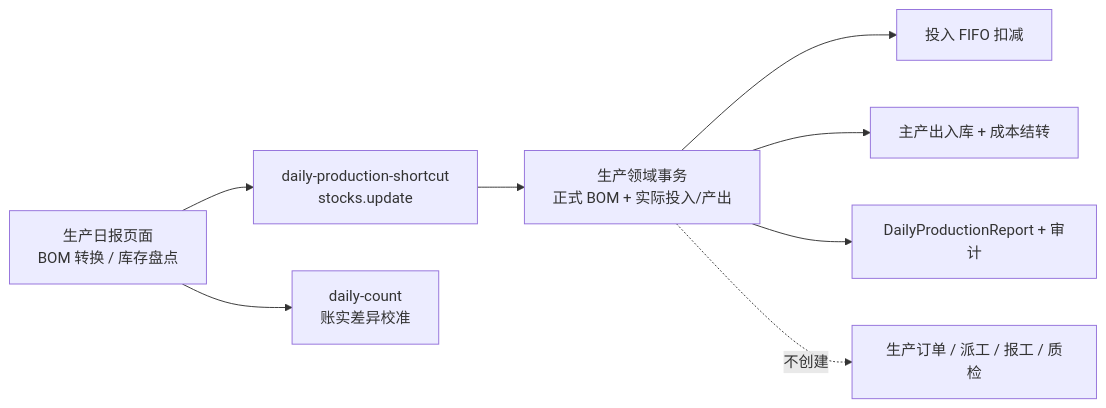
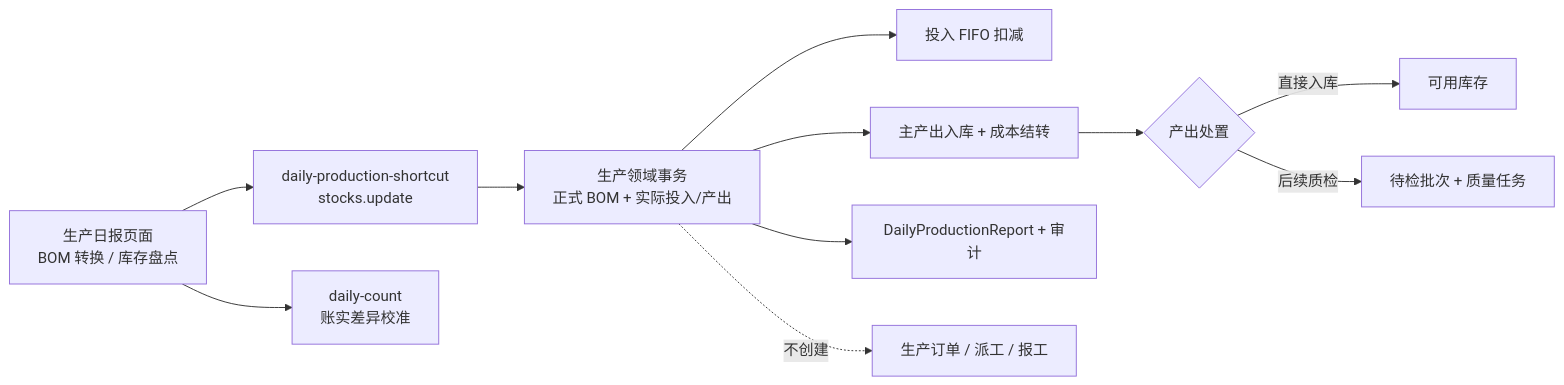
One commit to goldf2/mes-lite changed the ninth of 13 diagrams in docs/architecture/系统结构图.md. Above: the diagram before and after it, drawn with Mermaid. The commit also changed other lines of this file and 22 other files, not shown here.

````diff
--- a/docs/architecture/系统结构图.md
+++ b/docs/architecture/系统结构图.md
@@ -275,10 +275,13 @@
 ```mermaid
 flowchart LR
   Page["生产日报页面\nBOM 转换 / 库存盘点"] --> API["daily-production-shortcut\nstocks.update"]
   API --> Production["生产领域事务\n正式 BOM + 实际投入/产出"]
   Production --> Input["投入 FIFO 扣减"]
   Production --> Output["主产出入库 + 成本结转"]
+  Output --> Disposition{"产出处置"}
+  Disposition -->|直接入库| Available["可用库存"]
+  Disposition -->|后续质检| Quarantine["待检批次 + 质量任务"]
   Production --> Report["DailyProductionReport + 审计"]
   Page --> Count["daily-count\n账实差异校准"]
-  Production -.不创建.-> Order["生产订单 / 派工 / 报工 / 质检"]
+  Production -.不创建.-> Order["生产订单 / 派工 / 报工"]
 ```
````
